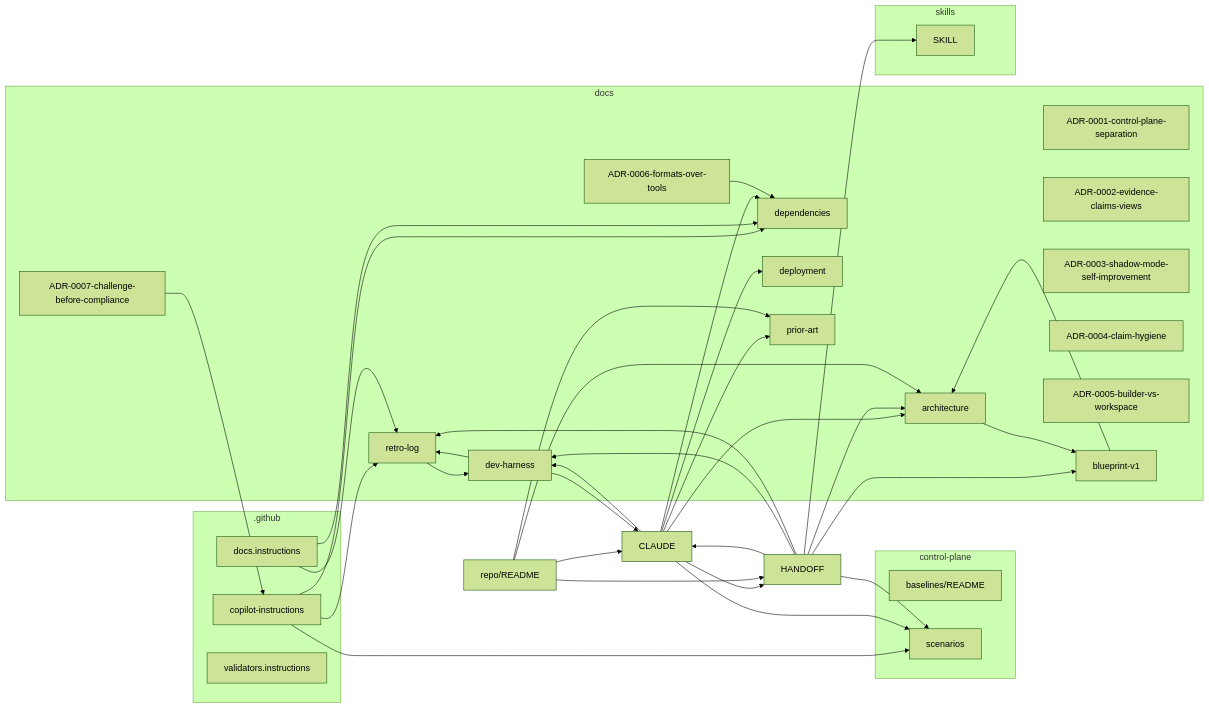
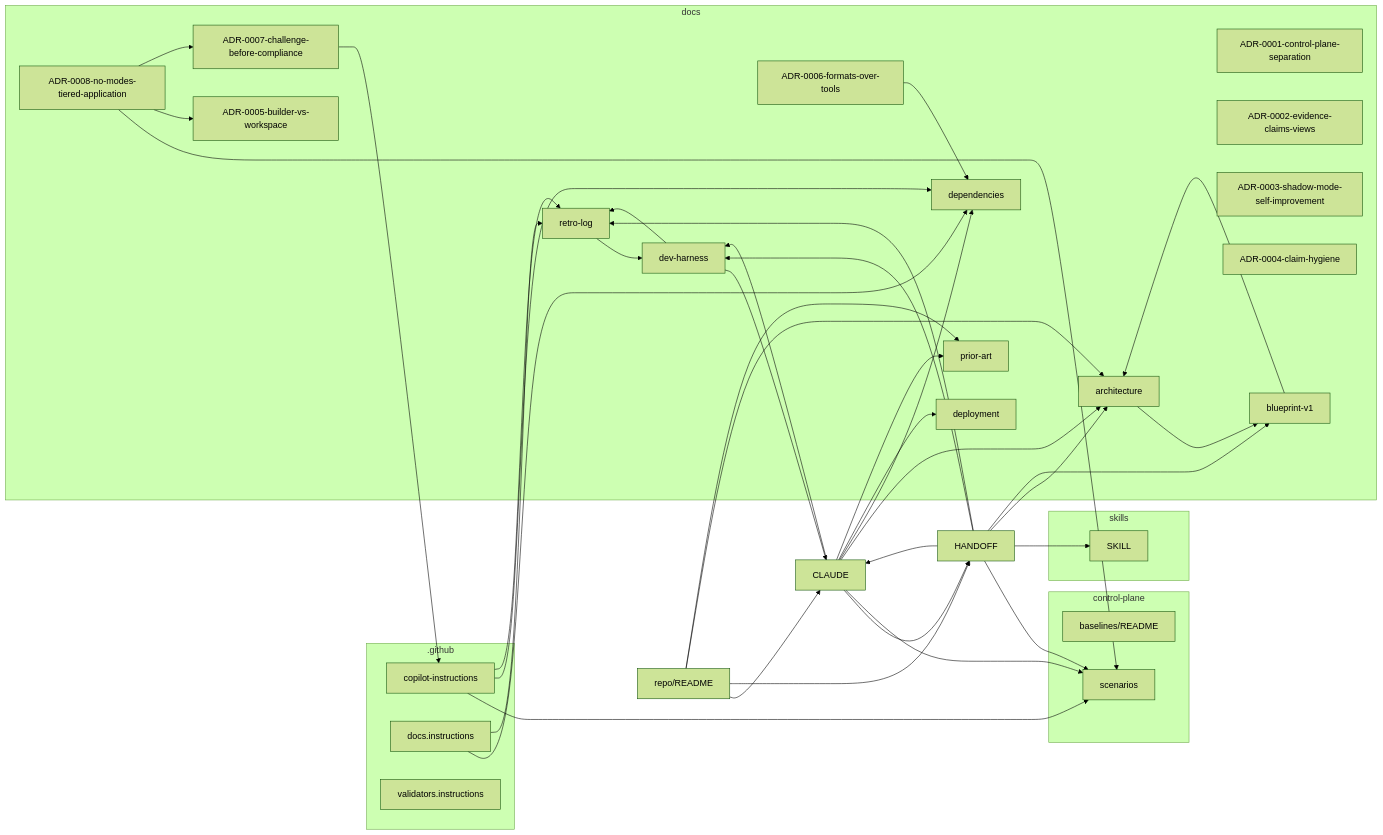
The diagram in docs/mindmap.md (boulaajaj/ai-mise), drawn with Mermaid (forest theme) before and after one commit. The commit also changed other lines of this file and 1 other file, not shown here.

Commit message:
Address review: fail-closed undo, claim labels, wikilinks, supersession note, mindmap regen

````diff
--- a/docs/mindmap.md
+++ b/docs/mindmap.md
@@ -7,64 +7,68 @@
 ```mermaid
 graph LR
   subgraph _github_g[.github]
     _github_copilot_instructions_md["copilot-instructions"]
     _github_instructions_docs_instructions_md["docs.instructions"]
     _github_instructions_validators_instructions_md["validators.instructions"]
   end
   subgraph control_plane_g[control-plane]
     control_plane_evaluation_baselines_README_md["baselines/README"]
     control_plane_threat_tests_scenarios_md["scenarios"]
   end
   subgraph docs_g[docs]
     docs_architecture_md["architecture"]
     docs_decisions_ADR_0001_control_plane_separation_md["ADR-0001-control-plane-separation"]
     docs_decisions_ADR_0002_evidence_claims_views_md["ADR-0002-evidence-claims-views"]
     docs_decisions_ADR_0003_shadow_mode_self_improvement_md["ADR-0003-shadow-mode-self-improvement"]
     docs_decisions_ADR_0004_claim_hygiene_md["ADR-0004-claim-hygiene"]
     docs_decisions_ADR_0005_builder_vs_workspace_md["ADR-0005-builder-vs-workspace"]
     docs_decisions_ADR_0006_formats_over_tools_md["ADR-0006-formats-over-tools"]
     docs_decisions_ADR_0007_challenge_before_compliance_md["ADR-0007-challenge-before-compliance"]
+    docs_decisions_ADR_0008_no_modes_tiered_application_md["ADR-0008-no-modes-tiered-application"]
     docs_dependencies_md["dependencies"]
     docs_deployment_md["deployment"]
     docs_history_blueprint_v1_md["blueprint-v1"]
     docs_meta_dev_harness_md["dev-harness"]
     docs_meta_retro_log_md["retro-log"]
     docs_prior_art_md["prior-art"]
   end
   CLAUDE_md["CLAUDE"]
   HANDOFF_md["HANDOFF"]
   README_md["repo/README"]
   subgraph skills_g[skills]
     skills_inspector_SKILL_md["SKILL"]
   end
   _github_copilot_instructions_md --> control_plane_threat_tests_scenarios_md
   _github_copilot_instructions_md --> docs_dependencies_md
   _github_copilot_instructions_md --> docs_meta_retro_log_md
   _github_instructions_docs_instructions_md --> docs_dependencies_md
   _github_instructions_docs_instructions_md --> docs_meta_retro_log_md
   CLAUDE_md --> HANDOFF_md
   CLAUDE_md --> control_plane_threat_tests_scenarios_md
   CLAUDE_md --> docs_architecture_md
   CLAUDE_md --> docs_dependencies_md
   CLAUDE_md --> docs_deployment_md
   CLAUDE_md --> docs_meta_dev_harness_md
   CLAUDE_md --> docs_prior_art_md
   HANDOFF_md --> CLAUDE_md
   HANDOFF_md --> control_plane_threat_tests_scenarios_md
   HANDOFF_md --> docs_architecture_md
   HANDOFF_md --> docs_history_blueprint_v1_md
   HANDOFF_md --> docs_meta_dev_harness_md
   HANDOFF_md --> docs_meta_retro_log_md
   HANDOFF_md --> skills_inspector_SKILL_md
   README_md --> CLAUDE_md
   README_md --> HANDOFF_md
   README_md --> docs_architecture_md
   README_md --> docs_prior_art_md
   docs_architecture_md --> docs_history_blueprint_v1_md
   docs_decisions_ADR_0006_formats_over_tools_md --> docs_dependencies_md
   docs_decisions_ADR_0007_challenge_before_compliance_md --> _github_copilot_instructions_md
+  docs_decisions_ADR_0008_no_modes_tiered_application_md --> control_plane_threat_tests_scenarios_md
+  docs_decisions_ADR_0008_no_modes_tiered_application_md --> docs_decisions_ADR_0005_builder_vs_workspace_md
+  docs_decisions_ADR_0008_no_modes_tiered_application_md --> docs_decisions_ADR_0007_challenge_before_compliance_md
   docs_history_blueprint_v1_md --> docs_architecture_md
   docs_meta_dev_harness_md --> CLAUDE_md
   docs_meta_dev_harness_md --> docs_meta_retro_log_md
   docs_meta_retro_log_md --> docs_meta_dev_harness_md
 ```
````
